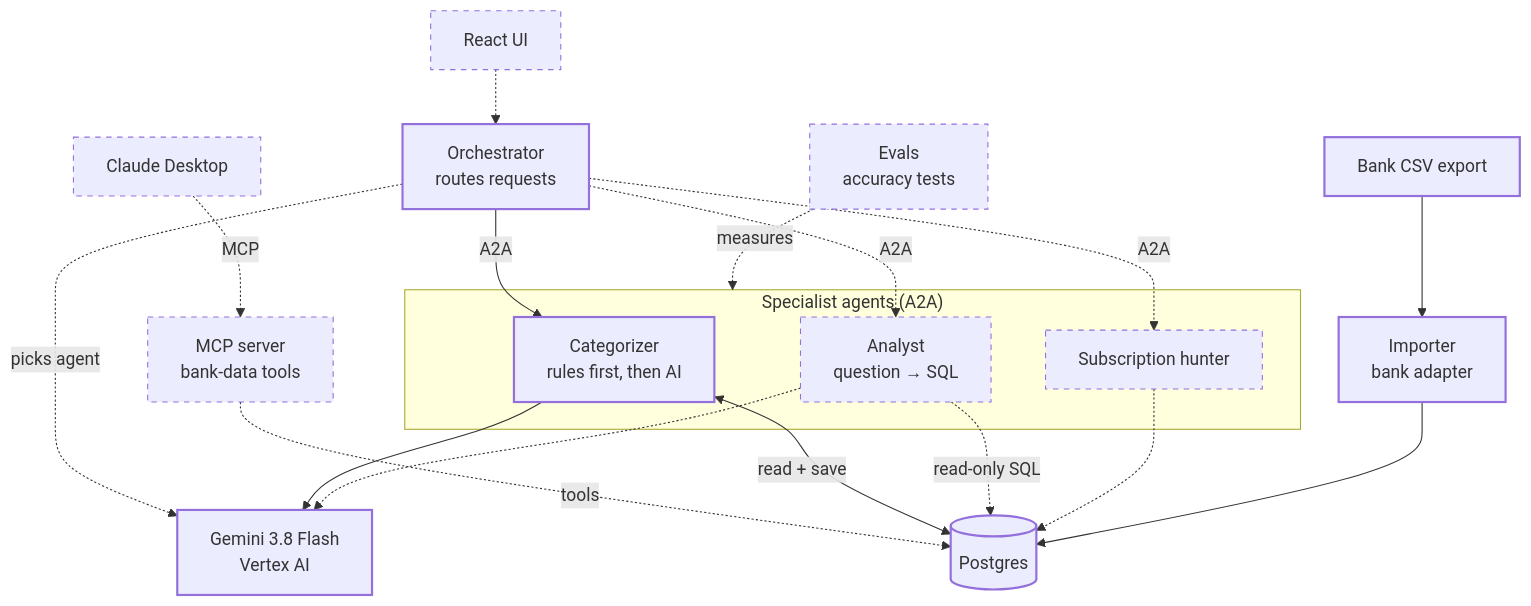
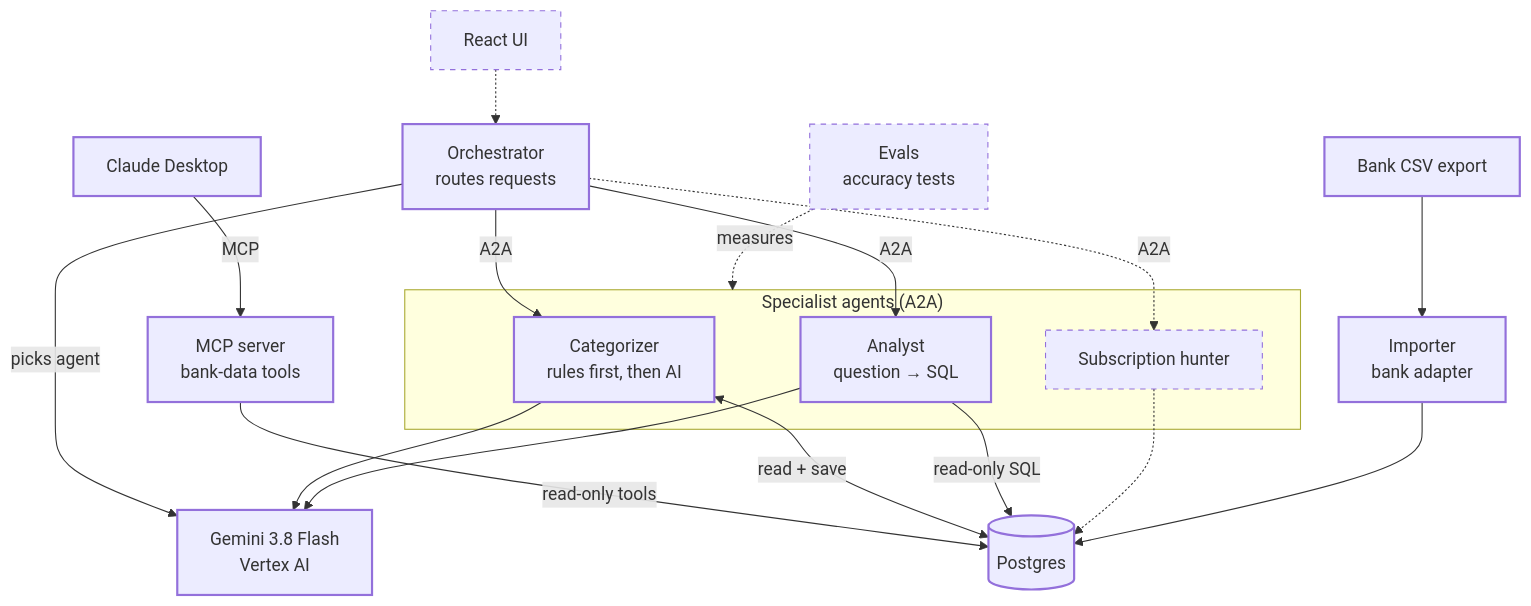
Before and after one commit to Estevivanco/koll: the diagram in ARCHITECTURE.md, drawn with Mermaid. The commit also changed other lines of this file, not shown here.

Commit message:
Docs: architecture after analyst, routing and MCP

````diff
--- a/ARCHITECTURE.md
+++ b/ARCHITECTURE.md
@@ -9,39 +9,39 @@
 ```mermaid
 flowchart TB
     claude["Claude Desktop"]
     ui["React UI"]
     mcp["MCP server<br/>bank-data tools"]
     orch["Orchestrator<br/>routes requests"]
     gemini["Gemini 3.8 Flash<br/>Vertex AI"]
 
     subgraph agents["Specialist agents (A2A)"]
         cat["Categorizer<br/>rules first, then AI"]
         ana["Analyst<br/>question → SQL"]
         sub["Subscription hunter"]
     end
 
     db[("Postgres")]
     imp["Importer<br/>bank adapter"]
     csv["Bank CSV export"]
     evals["Evals<br/>accuracy tests"]
 
-    claude -. MCP .-> mcp
+    claude -- MCP --> mcp
     ui -.-> orch
-    mcp -. tools .-> db
+    mcp -- read-only tools --> db
     orch -- A2A --> cat
-    orch -. A2A .-> ana
+    orch -- A2A --> ana
     orch -. A2A .-> sub
-    orch -. picks agent .-> gemini
+    orch -- picks agent --> gemini
     cat --> gemini
-    ana -.-> gemini
+    ana --> gemini
     cat <-- read + save --> db
-    ana -. read-only SQL .-> db
+    ana -- read-only SQL --> db
     sub -.-> db
     csv --> imp --> db
     evals -. measures .-> agents
 
     classDef built stroke-width:2px
     classDef planned stroke-dasharray:5 5
-    class orch,gemini,cat,db,imp,csv built
-    class claude,ui,mcp,ana,sub,evals planned
+    class orch,gemini,cat,ana,mcp,claude,db,imp,csv built
+    class ui,sub,evals planned
 ```
````
